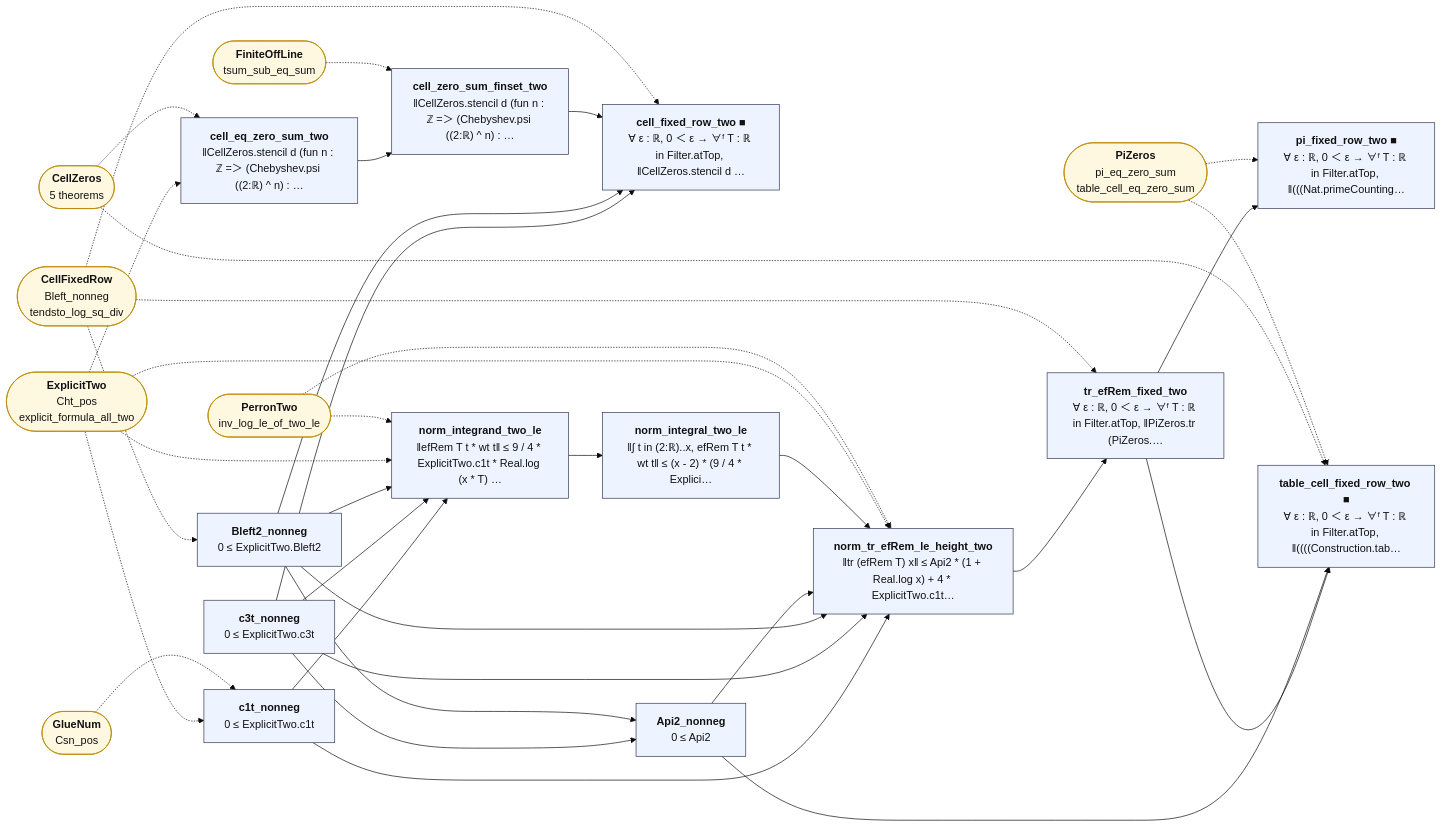
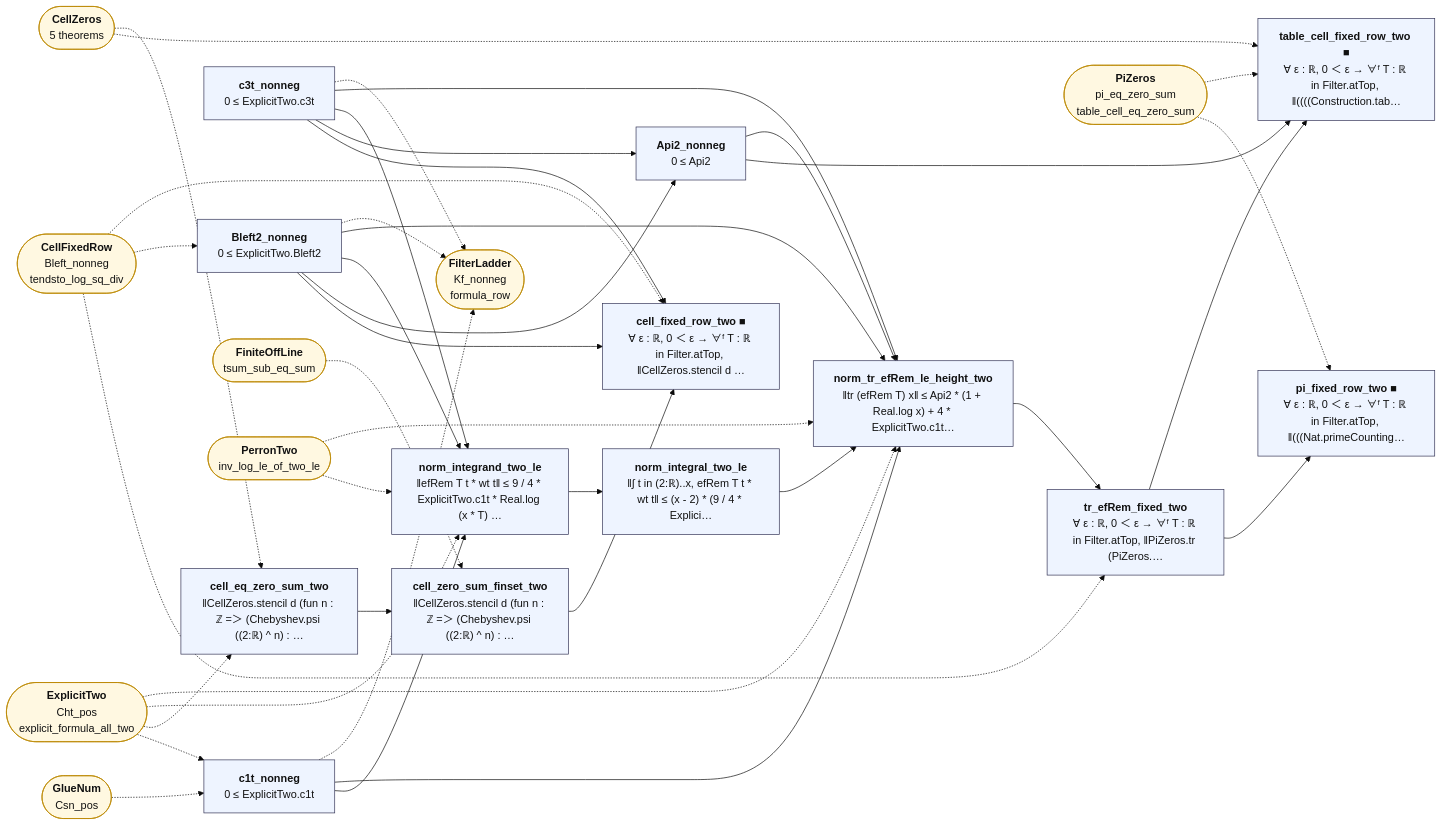
One commit to juliansambranojr/Primebeat_081426 changed the diagram in map/lean_stage3/FixedRowTwo.mmd. Above: the diagram before and after it, drawn with Mermaid (base theme). The commit also changed 35 other files, not shown here.

```diff
--- a/map/lean_stage3/FixedRowTwo.mmd
+++ b/map/lean_stage3/FixedRowTwo.mmd
@@ -1,63 +1,67 @@
 flowchart LR
   n0["<b>c1t_nonneg</b><br/>0 ≤ ExplicitTwo.c1t"]:::thm
   n1["<b>c3t_nonneg</b><br/>0 ≤ ExplicitTwo.c3t"]:::thm
   n2["<b>Bleft2_nonneg</b><br/>0 ≤ ExplicitTwo.Bleft2"]:::thm
   n3["<b>cell_eq_zero_sum_two</b><br/>‖CellZeros.stencil d (fun n : ℤ =＞ (Chebyshev.psi ((2:ℝ) ^ n) : …"]:::thm
   n4["<b>cell_zero_sum_finset_two</b><br/>‖CellZeros.stencil d (fun n : ℤ =＞ (Chebyshev.psi ((2:ℝ) ^ n) : …"]:::thm
   n5["<b>cell_fixed_row_two ■</b><br/>∀ ε : ℝ, 0 ＜ ε → ∀ᶠ T : ℝ in Filter.atTop, ‖CellZeros.stencil d …"]:::thm
   n6["<b>Api2_nonneg</b><br/>0 ≤ Api2"]:::thm
   n7["<b>norm_integrand_two_le</b><br/>‖efRem T t * wt t‖ ≤ 9 / 4 * ExplicitTwo.c1t * Real.log (x * T) …"]:::thm
   n8["<b>norm_integral_two_le</b><br/>‖∫ t in (2:ℝ)..x, efRem T t * wt t‖ ≤ (x - 2) * (9 / 4 * Explici…"]:::thm
   n9["<b>norm_tr_efRem_le_height_two</b><br/>‖tr (efRem T) x‖ ≤ Api2 * (1 + Real.log x) + 4 * ExplicitTwo.c1t…"]:::thm
   n10["<b>tr_efRem_fixed_two</b><br/>∀ ε : ℝ, 0 ＜ ε → ∀ᶠ T : ℝ in Filter.atTop, ‖PiZeros.tr (PiZeros.…"]:::thm
   n11["<b>pi_fixed_row_two ■</b><br/>∀ ε : ℝ, 0 ＜ ε → ∀ᶠ T : ℝ in Filter.atTop, ‖(((Nat.primeCounting…"]:::thm
   n12["<b>table_cell_fixed_row_two ■</b><br/>∀ ε : ℝ, 0 ＜ ε → ∀ᶠ T : ℝ in Filter.atTop, ‖((((Construction.tab…"]:::thm
   x0(["<b>ExplicitTwo</b><br/>Cht_pos<br/>explicit_formula_all_two"]):::ext
   x1(["<b>GlueNum</b><br/>Csn_pos"]):::ext
-  x2(["<b>CellFixedRow</b><br/>Bleft_nonneg<br/>tendsto_log_sq_div"]):::ext
-  x3(["<b>CellZeros</b><br/>5 theorems"]):::ext
-  x4(["<b>FiniteOffLine</b><br/>tsum_sub_eq_sum"]):::ext
-  x5(["<b>PerronTwo</b><br/>inv_log_le_of_two_le"]):::ext
-  x6(["<b>PiZeros</b><br/>pi_eq_zero_sum<br/>table_cell_eq_zero_sum"]):::ext
+  x2(["<b>FilterLadder</b><br/>Kf_nonneg<br/>formula_row"]):::ext
+  x3(["<b>CellFixedRow</b><br/>Bleft_nonneg<br/>tendsto_log_sq_div"]):::ext
+  x4(["<b>CellZeros</b><br/>5 theorems"]):::ext
+  x5(["<b>FiniteOffLine</b><br/>tsum_sub_eq_sum"]):::ext
+  x6(["<b>PerronTwo</b><br/>inv_log_le_of_two_le"]):::ext
+  x7(["<b>PiZeros</b><br/>pi_eq_zero_sum<br/>table_cell_eq_zero_sum"]):::ext
   n0 --> n7
   n0 --> n9
   n1 --> n5
   n1 --> n6
   n1 --> n7
   n1 --> n9
   n10 --> n11
   n10 --> n12
   n2 --> n5
   n2 --> n6
   n2 --> n7
   n2 --> n9
   n3 --> n4
   n4 --> n5
   n6 --> n12
   n6 --> n9
   n7 --> n8
   n8 --> n9
   n9 --> n10
+  n0 -.-> x2
+  n1 -.-> x2
+  n2 -.-> x2
   x0 -.-> n0
   x0 -.-> n3
   x0 -.-> n7
   x0 -.-> n9
   x1 -.-> n0
-  x2 -.-> n10
-  x2 -.-> n2
-  x2 -.-> n5
-  x3 -.-> n12
-  x3 -.-> n3
-  x4 -.-> n4
-  x5 -.-> n7
-  x5 -.-> n9
-  x6 -.-> n11
-  x6 -.-> n12
+  x3 -.-> n10
+  x3 -.-> n2
+  x3 -.-> n5
+  x4 -.-> n12
+  x4 -.-> n3
+  x5 -.-> n4
+  x6 -.-> n7
+  x6 -.-> n9
+  x7 -.-> n11
+  x7 -.-> n12
   classDef cnt fill:#dff5ec,stroke:#17694a,color:#111
   classDef shp fill:#f1ecfb,stroke:#5b3fa0,color:#111
   classDef rh fill:#ffe5e5,stroke:#c22,color:#111,stroke-width:2px
   classDef thm fill:#eef4ff,stroke:#335,color:#111
   classDef end_ fill:#e7f7e7,stroke:#2a7,color:#111,stroke-width:2px
   classDef lone fill:#fff,stroke:#999,color:#111,stroke-dasharray:4 3
   classDef bad fill:#ffe5e5,stroke:#c22,color:#111,stroke-width:2px
   classDef ext fill:#fff8e1,stroke:#b80,color:#111
```
